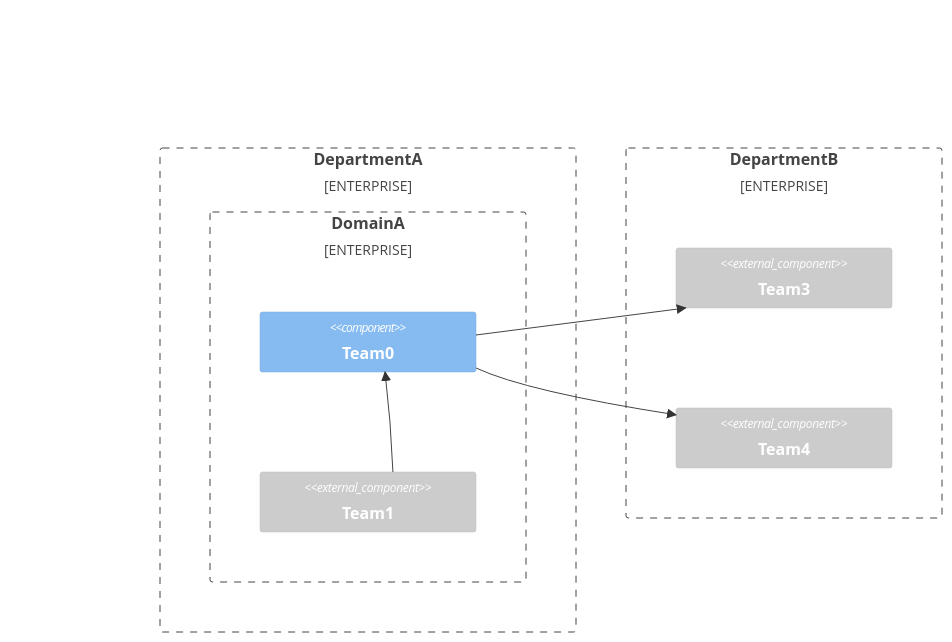
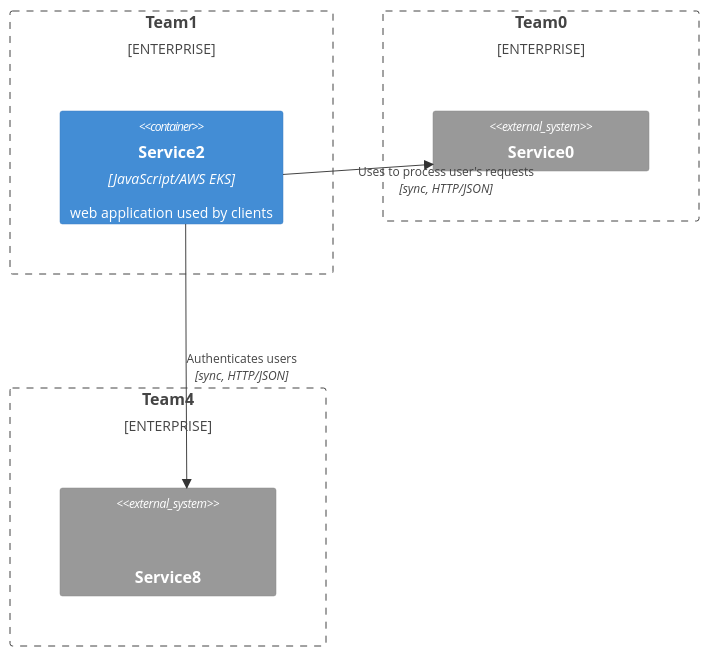
The second of 2 diagrams in README.md (kislerdm/org-infrastructure-overview), drawn with Mermaid before and after one commit. The commit also changed other lines of this file, not shown here.

````diff
--- a/README.md
+++ b/README.md
@@ -125,16 +99,14 @@
 ```mermaid
-C4Context
-    Enterprise_Boundary(Foo.DepartmentA, "DepartmentA") {
-        Enterprise_Boundary(Foo.DepartmentA.DomainA, "DomainA") {
-            Component(Foo.DepartmentA.DomainA.Team0, "Team0")
-            Component_Ext(Foo.DepartmentA.DomainA.Team1, "Team1")
-        }
+C4Container
+    Enterprise_Boundary(Foo/DepartmentA/DomainA/Team1, "Team1") {
+        Container(Foo/DepartmentA/DomainA/Team1/Service2, "Service2", "JavaScript/AWS EKS", "web application used by clients")
     }
-    Enterprise_Boundary(Foo.DepartmentB, "DepartmentB") {
-        Component_Ext(Foo.DepartmentB.Team3, "Team3")
-        Component_Ext(Foo.DepartmentB.Team4, "Team4")
+    Enterprise_Boundary(Foo/DepartmentA/DomainA/Team0, "Team0") {
+        System_Ext(Foo/DepartmentA/DomainA/Team0/Service0, "Service0")
     }
-    Rel(Foo.DepartmentA.DomainA.Team0, Foo.DepartmentB.Team3, "")
-    Rel(Foo.DepartmentA.DomainA.Team0, Foo.DepartmentB.Team4, "")
-    Rel(Foo.DepartmentA.DomainA.Team1, Foo.DepartmentA.DomainA.Team0, "")
+    Enterprise_Boundary(Foo/DepartmentB/Team4, "Team4") {
+        System_Ext(Foo/DepartmentB/Team4/Service8, "Service8", "", "IAM")
+    }
+    Rel(Foo/DepartmentA/DomainA/Team1/Service2, Foo/DepartmentA/DomainA/Team0/Service0, "Uses to process user's requests", "sync, HTTP/JSON")
+    Rel(Foo/DepartmentA/DomainA/Team1/Service2, Foo/DepartmentB/Team4/Service8, "Authenticates users", "sync, HTTP/JSON")
 ```
````
